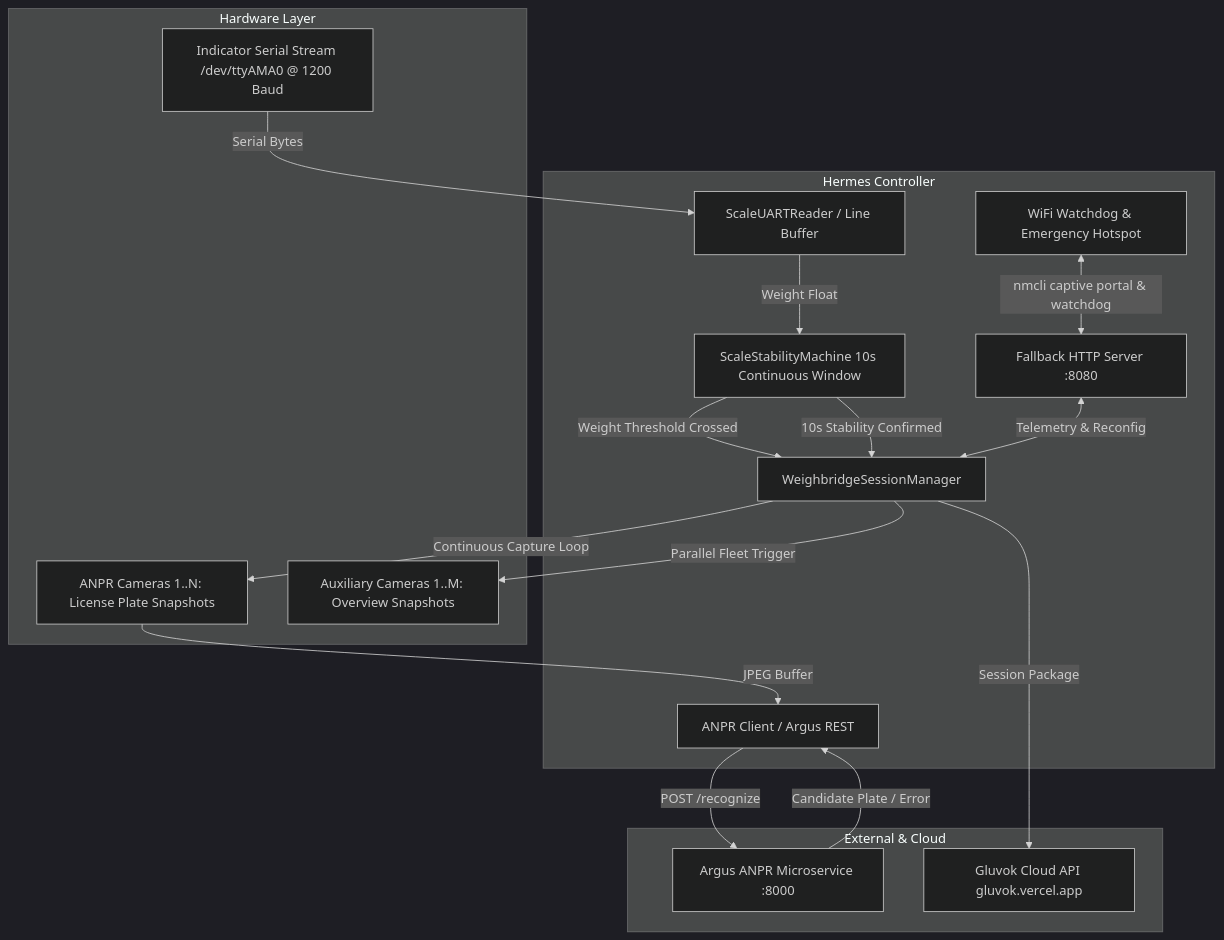
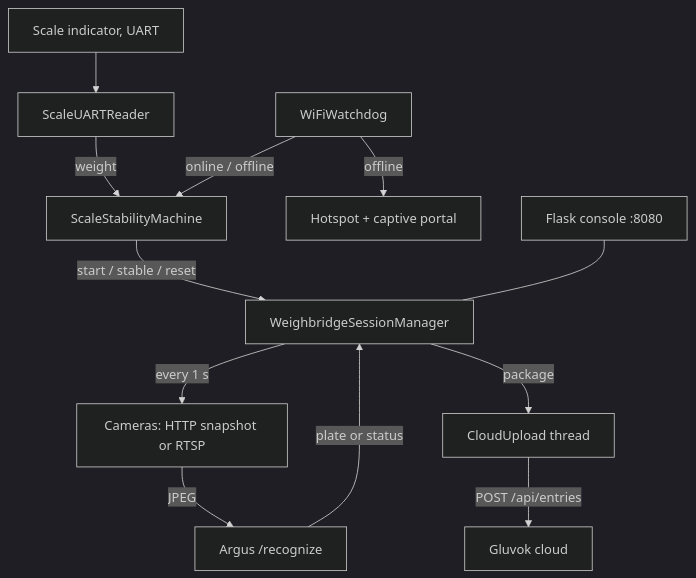
Before and after one commit to gluvok/hermes: the diagram in docs/ARCHITECTURE.md, drawn with Mermaid (dark theme). The commit also changed other lines of this file and 2 other files, not shown here.

First line of the commit message:
docs: rewrite architecture and reference docs from current code

````diff
--- a/docs/ARCHITECTURE.md
+++ b/docs/ARCHITECTURE.md
@@ -9,35 +11,14 @@
 ```mermaid
 graph TD
-    subgraph Hardware Layer
-        Scale[Indicator Serial Stream /dev/ttyAMA0 @ 1200 Baud]
-        CamANPR[ANPR Cameras 1..N: License Plate Snapshots]
-        CamAux[Auxiliary Cameras 1..M: Overview Snapshots]
-    end
-
-    subgraph Hermes Controller
-        UART[ScaleUARTReader / Line Buffer]
-        Stability[ScaleStabilityMachine 10s Continuous Window]
-        SessionMgr[WeighbridgeSessionManager]
-        ANPRClient[ANPR Client / Argus REST]
-        WebDiag[Fallback HTTP Server :8080]
-        WiFiWatchdog[WiFi Watchdog & Emergency Hotspot]
-    end
-
-    subgraph External & Cloud
-        ArgusMicroservice[Argus ANPR Microservice :8000]
-        GluvokAPI[Gluvok Cloud API gluvok.vercel.app]
-    end
-
-    Scale -->|Serial Bytes| UART
-    UART -->|Weight Float| Stability
-    Stability -->|Weight Threshold Crossed| SessionMgr
-    SessionMgr -->|Continuous Capture Loop| CamANPR
-    CamANPR -->|JPEG Buffer| ANPRClient
-    ANPRClient -->|POST /recognize| ArgusMicroservice
-    ArgusMicroservice -->|Candidate Plate / Error| ANPRClient
-    Stability -->|10s Stability Confirmed| SessionMgr
-    SessionMgr -->|Parallel Fleet Trigger| CamAux
-    SessionMgr -->|Session Package| GluvokAPI
-    WebDiag <-->|Telemetry & Reconfig| SessionMgr
-    WiFiWatchdog <-->|nmcli captive portal & watchdog| WebDiag
+    Scale[Scale indicator, UART] --> UART[ScaleUARTReader]
+    UART -->|weight| Stab[ScaleStabilityMachine]
+    Stab -->|start / stable / reset| Sess[WeighbridgeSessionManager]
+    Sess -->|every 1 s| Cams[Cameras: HTTP snapshot or RTSP]
+    Cams -->|JPEG| Argus[Argus /recognize]
+    Argus -->|plate or status| Sess
+    Sess -->|package| Upload[CloudUpload thread]
+    Upload -->|POST /api/entries| Cloud[Gluvok cloud]
+    Watchdog[WiFiWatchdog] -->|online / offline| Stab
+    Watchdog -->|offline| Hotspot[Hotspot + captive portal]
+    Web[Flask console :8080] --- Sess
 ```
````
